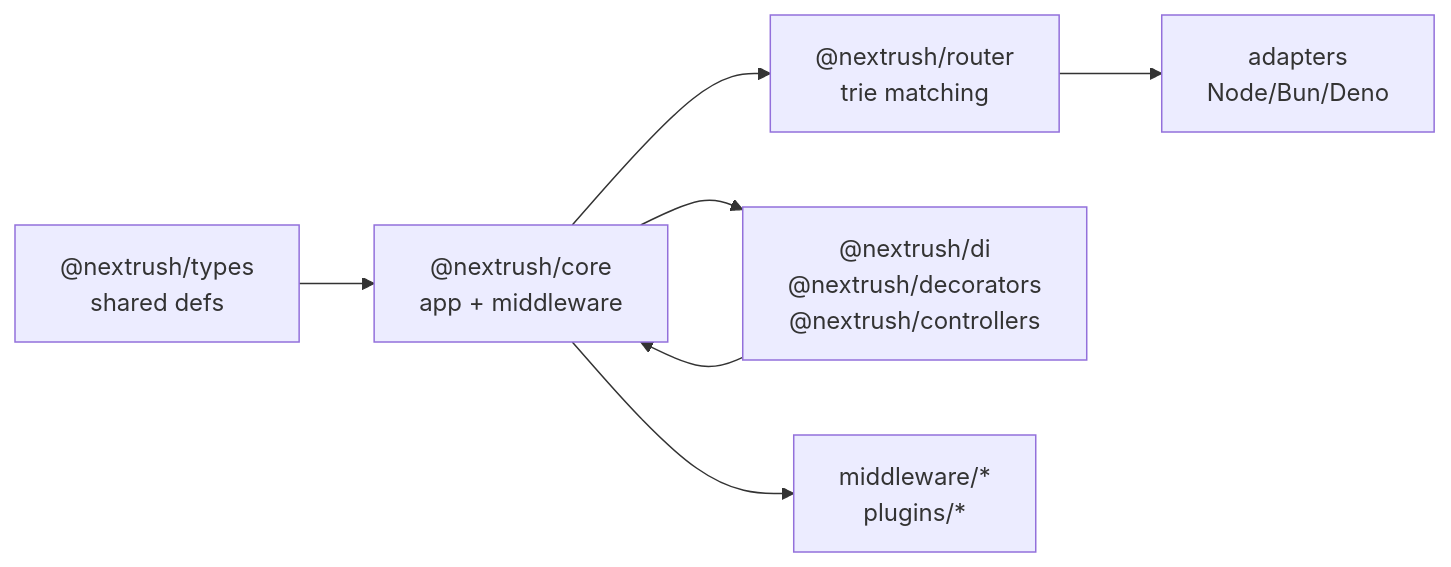
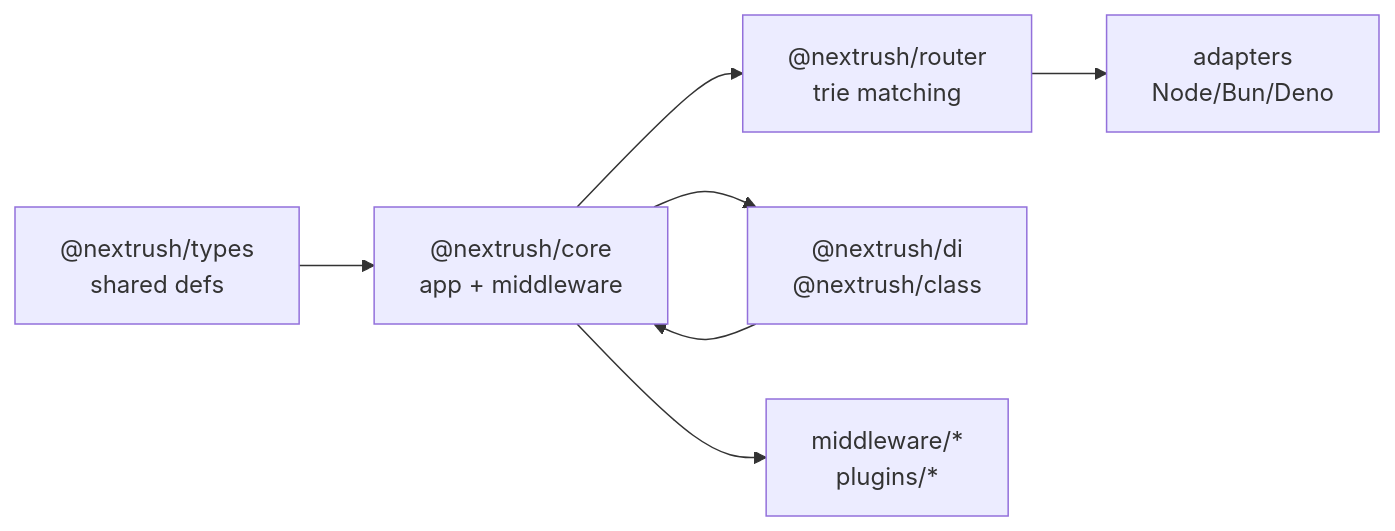
The second of 2 diagrams in wiki/Architecture.md (0xTanzim/nextRush), drawn with Mermaid before and after one commit. The commit also changed other lines of this file and 18 other files, not shown here.

````diff
--- a/wiki/Architecture.md
+++ b/wiki/Architecture.md
@@ -109,16 +107,16 @@
 ```mermaid
 flowchart LR
   A["@nextrush/types<br/>shared defs"]
   B["@nextrush/core<br/>app + middleware"]
   C["@nextrush/router<br/>trie matching"]
   D["adapters<br/>Node/Bun/Deno"]
-  E["@nextrush/di<br/>@nextrush/decorators<br/>@nextrush/controllers"]
+  E["@nextrush/di<br/>@nextrush/class"]
   F["middleware/*<br/>plugins/*"]
 
   A --> B
   B --> C
   C --> D
   B --> E
   B --> F
   E --> B
 ```
````
